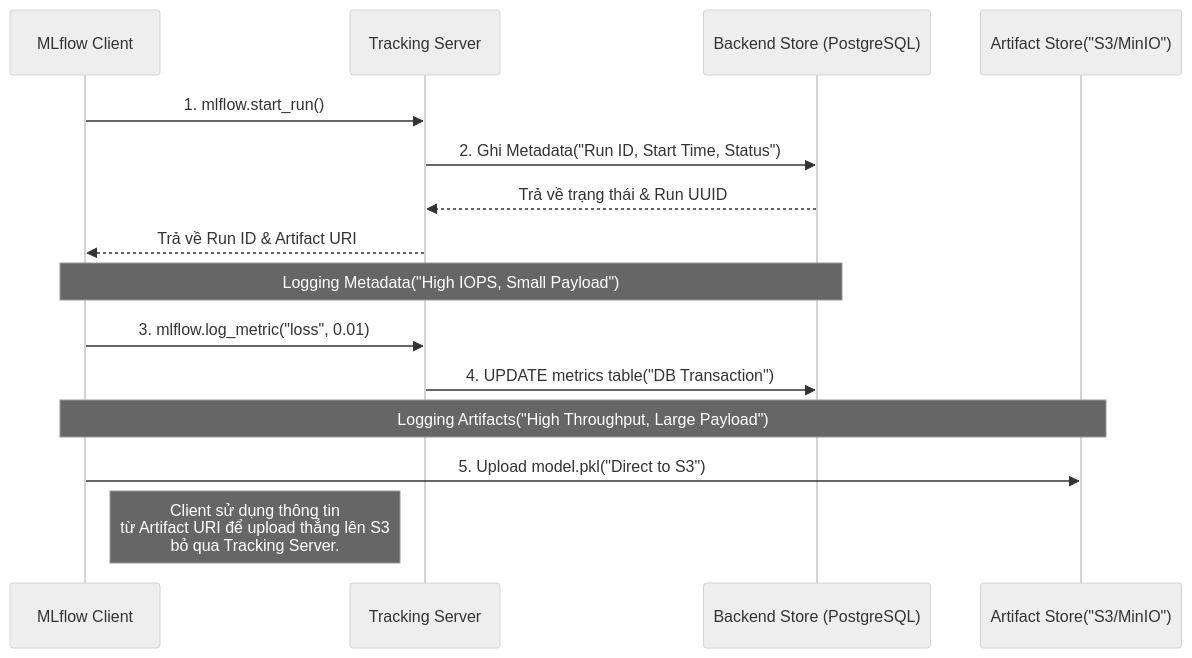
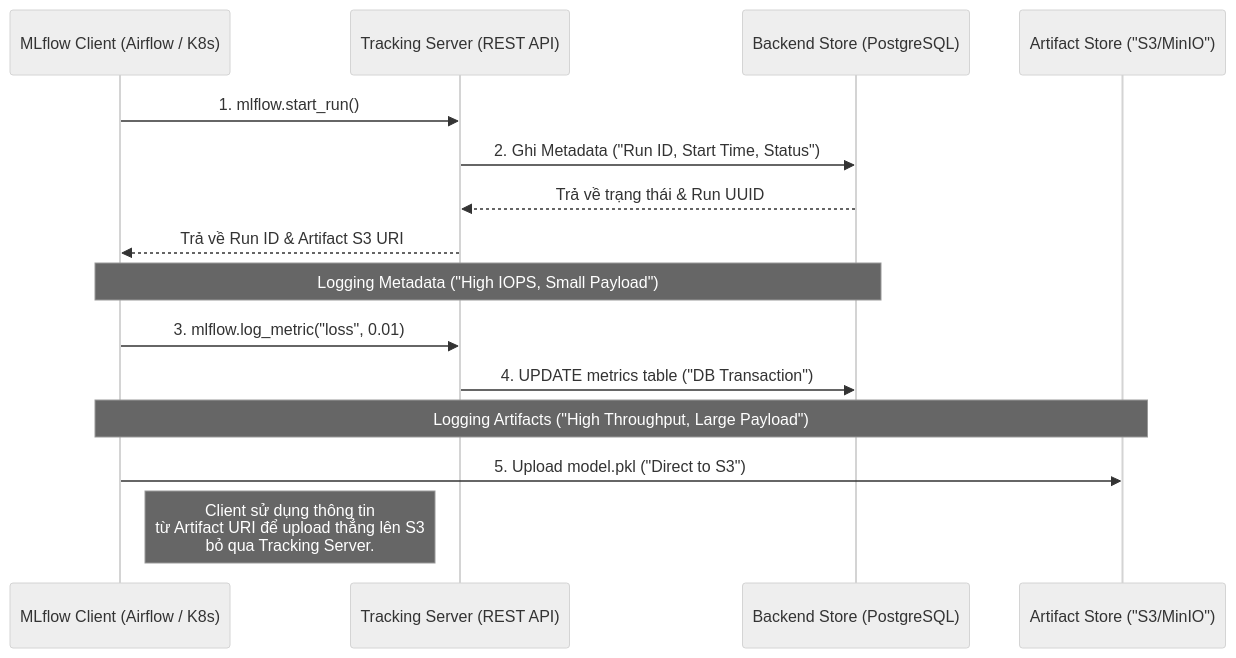
Before and after one commit to kythuatdulieu/kythuatdulieu.github.io: the diagram in src/content/docs/concepts/9-genai-machine-learning/mlflow.md, drawn with Mermaid (neutral theme). The commit also changed other lines of this file and 213 other files, not shown here.

Commit message:
Fix syntax and rewrite 200+ concepts docs to deep-dive system architecture and add GA4 tracking to quiz app

````diff
--- a/src/content/docs/concepts/9-genai-machine-learning/mlflow.md
+++ b/src/content/docs/concepts/9-genai-machine-learning/mlflow.md
@@ -27,20 +29,20 @@
 ```mermaid
 sequenceDiagram
-    participant C as MLflow Client
-    participant T as Tracking Server
+    participant C as MLflow Client (Airflow / K8s)
+    participant T as Tracking Server (REST API)
     participant B as Backend Store (PostgreSQL)
-    participant A as Artifact Store("S3/MinIO")
+    participant A as Artifact Store ("S3/MinIO")
 
     C->>T: 1. mlflow.start_run()
-    T->>B: 2. Ghi Metadata("Run ID, Start Time, Status")
+    T->>B: 2. Ghi Metadata ("Run ID, Start Time, Status")
     B-->>T: Trả về trạng thái & Run UUID
-    T-->>C: Trả về Run ID & Artifact URI
+    T-->>C: Trả về Run ID & Artifact S3 URI
 
-    Note over C,B: Logging Metadata("High IOPS, Small Payload")
+    Note over C,B: Logging Metadata ("High IOPS, Small Payload")
     C->>T: 3. mlflow.log_metric("loss", 0.01)
-    T->>B: 4. UPDATE metrics table("DB Transaction")
+    T->>B: 4. UPDATE metrics table ("DB Transaction")
 
-    Note over C,A: Logging Artifacts("High Throughput, Large Payload")
-    C->>A: 5. Upload model.pkl("Direct to S3")
+    Note over C,A: Logging Artifacts ("High Throughput, Large Payload")
+    C->>A: 5. Upload model.pkl ("Direct to S3")
     Note right of C: Client sử dụng thông tin<br/>từ Artifact URI để upload thẳng lên S3<br/>bỏ qua Tracking Server.
 ```
````
